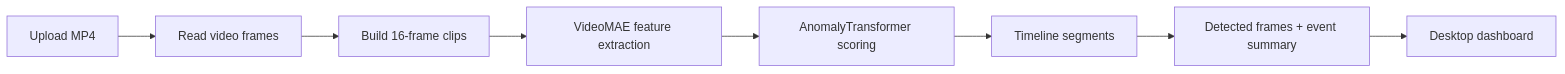
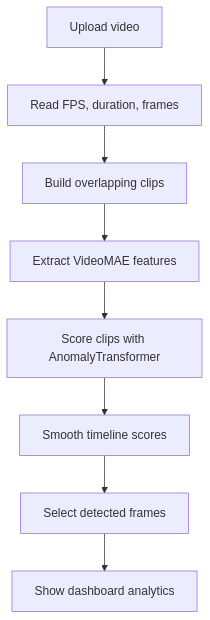
Before and after one commit to KartikeyaM2007/Anomaly_Detection_Vision_Transformer-AVT-AppVersion: the second of 4 diagrams in README.md, drawn with Mermaid. The commit also changed other lines of this file, not shown here.

Commit message:
Rewrite README with offline desktop pipeline

````diff
--- a/README.md
+++ b/README.md
@@ -100,10 +121,10 @@
 ```mermaid
-flowchart LR
-  A["Upload MP4"] --> B["Read video frames"]
-  B --> C["Build 16-frame clips"]
-  C --> D["VideoMAE feature extraction"]
-  D --> E["AnomalyTransformer scoring"]
-  E --> F["Timeline segments"]
-  F --> G["Detected frames + event summary"]
-  G --> H["Desktop dashboard"]
+flowchart TD
+  A["Upload video"] --> B["Read FPS, duration, frames"]
+  B --> C["Build overlapping clips"]
+  C --> D["Extract VideoMAE features"]
+  D --> E["Score clips with AnomalyTransformer"]
+  E --> F["Smooth timeline scores"]
+  F --> G["Select detected frames"]
+  G --> H["Show dashboard analytics"]
 ```
````
